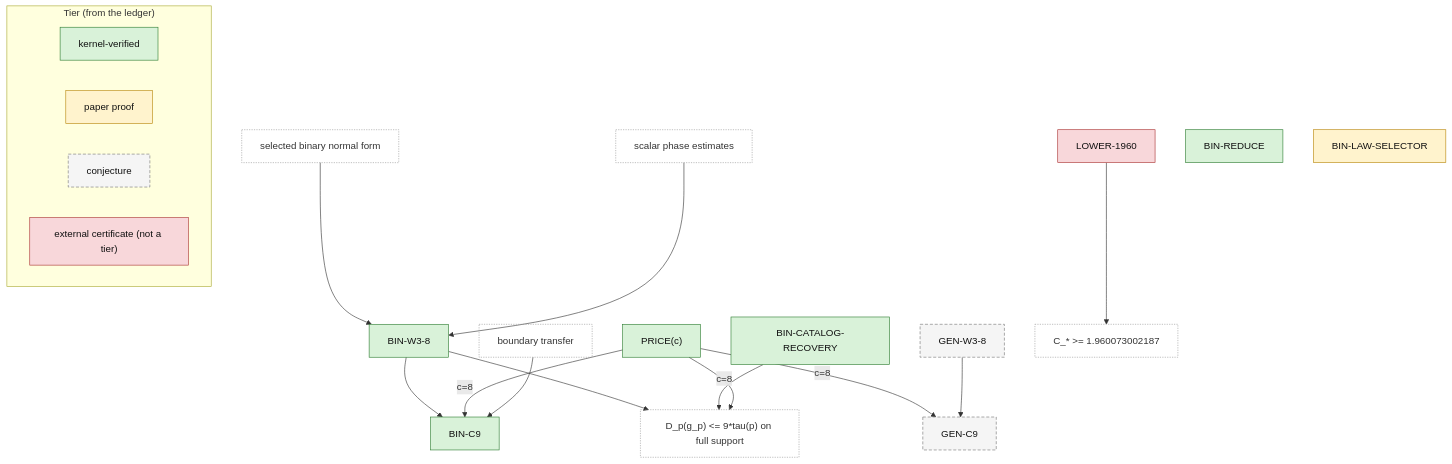
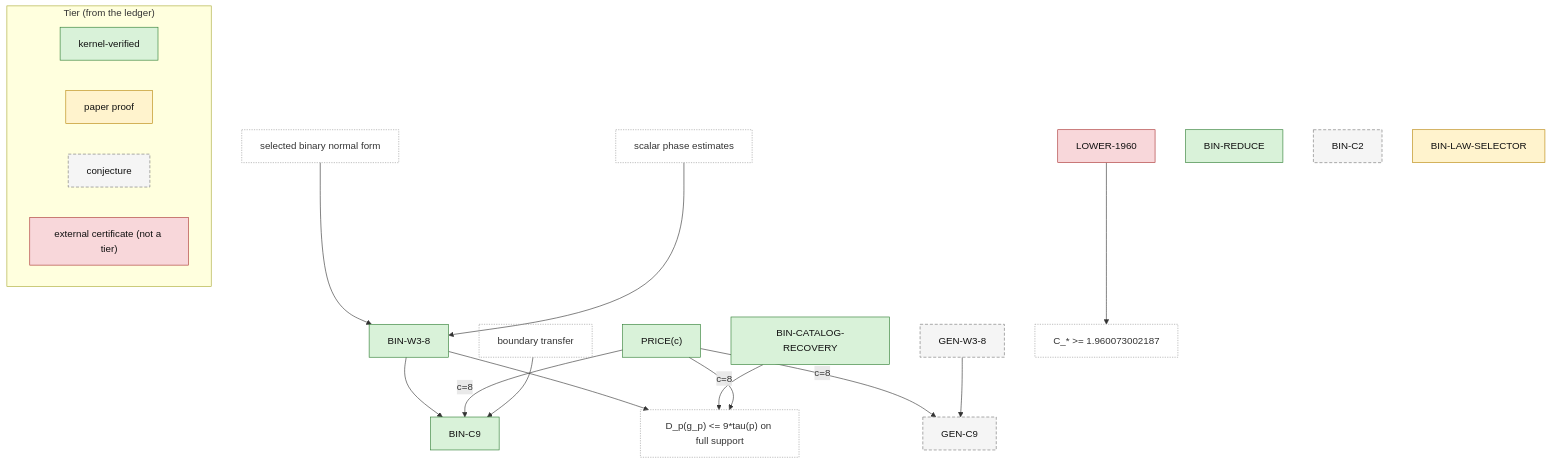
One commit to AlexisOlson/stochastic-to-deterministic-latents changed the diagram in docs/claims.md. Above: the diagram before and after it, drawn with Mermaid. The commit also changed other lines of this file and 3 other files, not shown here.

First line of the commit message:
Add the open-problems page and the BIN-C2 conjecture row (#4)

````diff
--- a/docs/claims.md
+++ b/docs/claims.md
@@ -36,41 +36,45 @@
 ```mermaid
+%% Claim DAG from docs/claims.md. Edge A --> B means B depends on A.
+%% Node colour is the ledger tier; dashed plain nodes are inputs that are not claims.
+%% Generated by gen_diagrams.py; do not edit by hand.
 graph TD
   selected_binary_normal_form["selected binary normal form"]:::aux
   BIN_W3_8["BIN-W3-8"]:::kernel
   scalar_phase_estimates["scalar phase estimates"]:::aux
   BIN_C9["BIN-C9"]:::kernel
   PRICE_c["PRICE(c)"]:::kernel
   boundary_transfer["boundary transfer"]:::aux
   D_p_g_p_9_tau_p_on_full_support["D_p(g_p) <= 9*tau(p) on full support"]:::aux
   BIN_CATALOG_RECOVERY["BIN-CATALOG-RECOVERY"]:::kernel
   GEN_C9["GEN-C9"]:::conjecture
   GEN_W3_8["GEN-W3-8"]:::conjecture
   LOWER_1960["LOWER-1960"]:::external
   C_1_960073002187["C_* >= 1.960073002187"]:::aux
   BIN_REDUCE["BIN-REDUCE"]:::kernel
+  BIN_C2["BIN-C2"]:::conjecture
   BIN_LAW_SELECTOR["BIN-LAW-SELECTOR"]:::paper
   selected_binary_normal_form --> BIN_W3_8
   scalar_phase_estimates --> BIN_W3_8
   BIN_W3_8 --> BIN_C9
   PRICE_c -- "c=8" --> BIN_C9
   boundary_transfer --> BIN_C9
   BIN_W3_8 --> D_p_g_p_9_tau_p_on_full_support
   BIN_CATALOG_RECOVERY --> D_p_g_p_9_tau_p_on_full_support
   PRICE_c -- "c=8" --> D_p_g_p_9_tau_p_on_full_support
   PRICE_c -- "c=8" --> GEN_C9
   GEN_W3_8 --> GEN_C9
   LOWER_1960 --> C_1_960073002187
   subgraph LEGEND["Tier (from the ledger)"]
     direction LR
     L_kernel["kernel-verified"]:::kernel
     L_paper["paper proof"]:::paper
     L_conjecture["conjecture"]:::conjecture
     L_external["external certificate (not a tier)"]:::external
   end
   classDef kernel fill:#d9f2d9,stroke:#2e7d32,color:#111;
   classDef paper fill:#fff3cd,stroke:#b8860b,color:#111;
   classDef interval fill:#dbe9ff,stroke:#1e5aa8,color:#111;
   classDef conjecture fill:#f5f5f5,stroke:#777,stroke-dasharray:5 3,color:#111;
   classDef external fill:#f8d7da,stroke:#a33,color:#111;
   classDef aux fill:none,stroke:#999,stroke-dasharray:2 2,color:#333;
 ```
````
